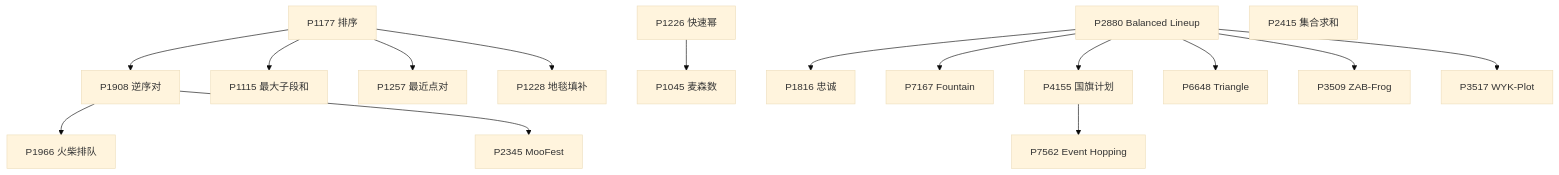
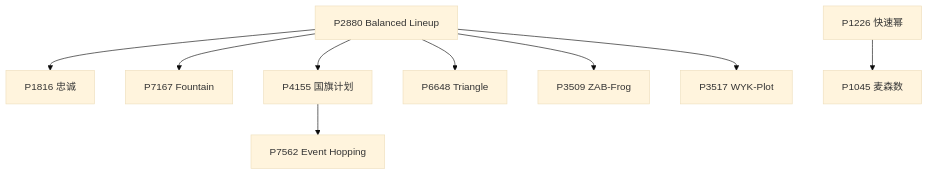
The eighth of 56 diagrams in problem-sets/luogu-official-advanced-training.md (rainboyOJ/new_problem_solutions), drawn with Mermaid (base theme) before and after one commit. The commit also changed other lines of this file and 3 other files, not shown here.

First line of the commit message:
fix(problem-sets): 前置关系图不再缩字——去孤立节点、按支线拆图、宽图横向滚动

````diff
--- a/problem-sets/luogu-official-advanced-training.md
+++ b/problem-sets/luogu-official-advanced-training.md
@@ -164,36 +223,22 @@
 ```mermaid
 flowchart TD
-  n1177["P1177 排序"]
-  n1908["P1908 逆序对"]
-  n1966["P1966 火柴排队"]
-  n2345["P2345 MooFest"]
-  n1115["P1115 最大子段和"]
-  n1257["P1257 最近点对"]
-  n1228["P1228 地毯填补"]
-  n1226["P1226 快速幂"]
-  n1045["P1045 麦森数"]
-  n2880["P2880 Balanced Lineup"]
-  n1816["P1816 忠诚"]
-  n7167["P7167 Fountain"]
-  n4155["P4155 国旗计划"]
-  n7562["P7562 Event Hopping"]
-  n6648["P6648 Triangle"]
-  n3509["P3509 ZAB-Frog"]
-  n3517["P3517 WYK-Plot"]
-  n2415["P2415 集合求和"]
+  nP2880["P2880 Balanced Lineup"]
+  nP1816["P1816 忠诚"]
+  nP7167["P7167 Fountain"]
+  nP4155["P4155 国旗计划"]
+  nP7562["P7562 Event Hopping"]
+  nP6648["P6648 Triangle"]
+  nP3509["P3509 ZAB-Frog"]
+  nP3517["P3517 WYK-Plot"]
+  nP1226["P1226 快速幂"]
+  nP1045["P1045 麦森数"]
 
-  n1177 --> n1908
-  n1908 --> n1966
-  n1908 --> n2345
-  n1177 --> n1115
-  n1177 --> n1257
-  n1177 --> n1228
-  n1226 --> n1045
-  n2880 --> n1816
-  n2880 --> n7167
-  n2880 --> n4155
-  n4155 --> n7562
-  n2880 --> n6648
-  n2880 --> n3509
-  n2880 --> n3517
+  nP2880 --> nP1816
+  nP2880 --> nP7167
+  nP2880 --> nP4155
+  nP4155 --> nP7562
+  nP2880 --> nP6648
+  nP2880 --> nP3509
+  nP2880 --> nP3517
+  nP1226 --> nP1045
 ```
````
